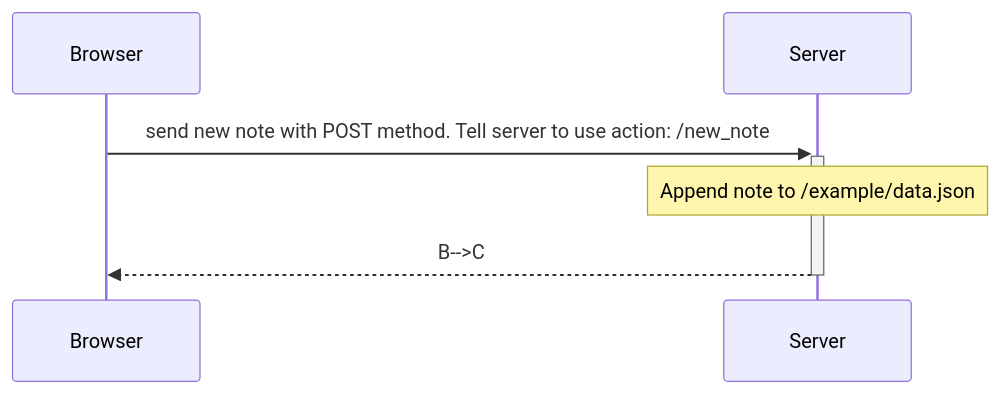
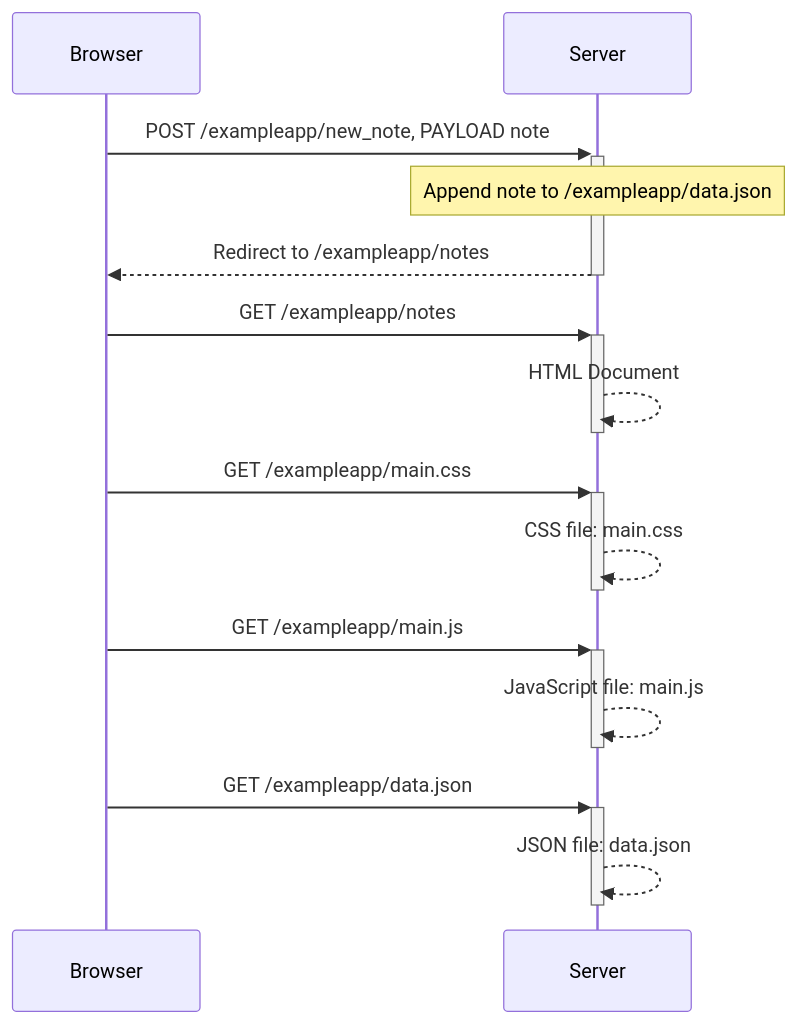
Before and after one commit to eemeli3/fullstack_tehtavat: the diagram in osa0/osa0_tehtavat.md, drawn with Mermaid.

````diff
--- a/osa0/osa0_tehtavat.md
+++ b/osa0/osa0_tehtavat.md
@@ -1,8 +1,16 @@
 ```mermaid
 sequenceDiagram;
     participant A as Browser;
     participant B as Server;
-    A->>+B: send new note with POST method. Tell server to use action: /new_note;
-    Note over B: Append note to /example/data.json
-    B-->>-A: B-->C;
+    A->>+B: POST /exampleapp/new_note, PAYLOAD note;
+    Note over B: Append note to /exampleapp/data.json
+    B-->>-A: Redirect to /exampleapp/notes;
+    A->>+B: GET /exampleapp/notes
+    B-->>-B: HTML Document
+    A->>+B: GET /exampleapp/main.css
+    B-->>-B: CSS file: main.css
+    A->>+B: GET /exampleapp/main.js
+    B-->>-B: JavaScript file: main.js
+    A->>+B: GET /exampleapp/data.json
+    B-->>-B: JSON file: data.json
 ```
````
